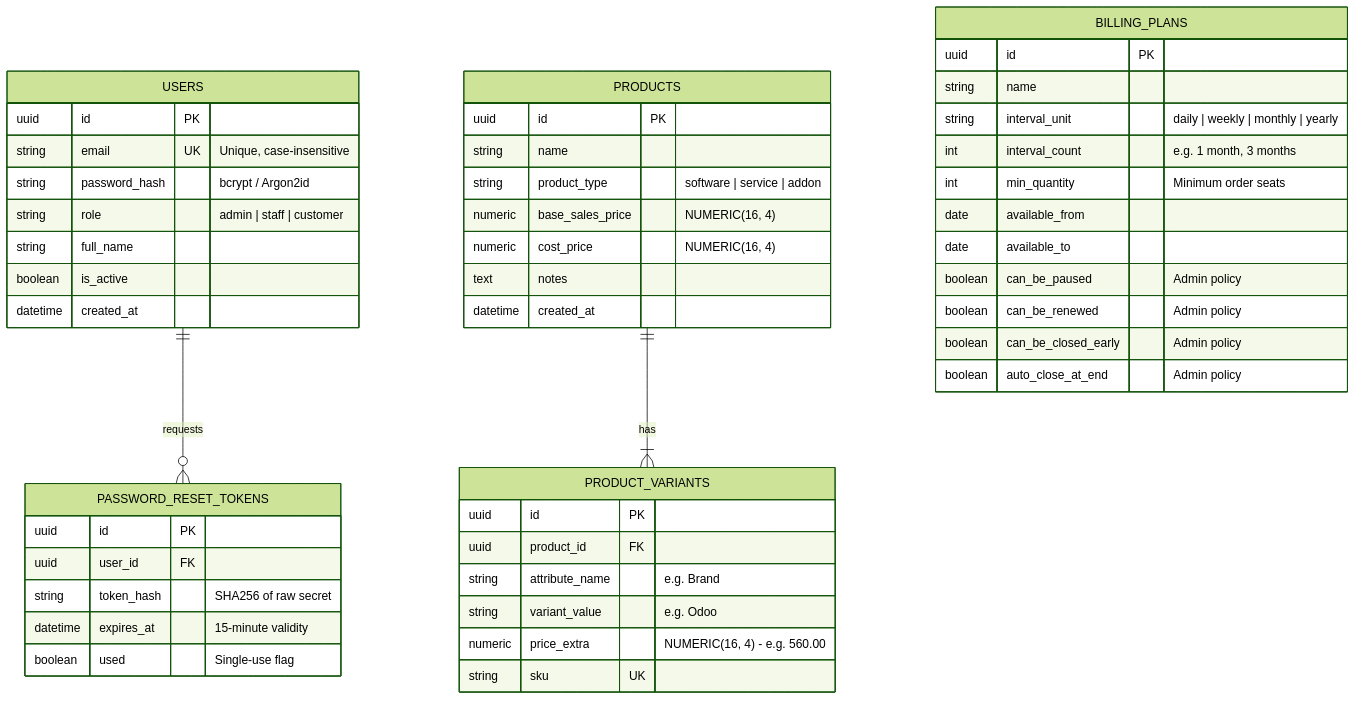
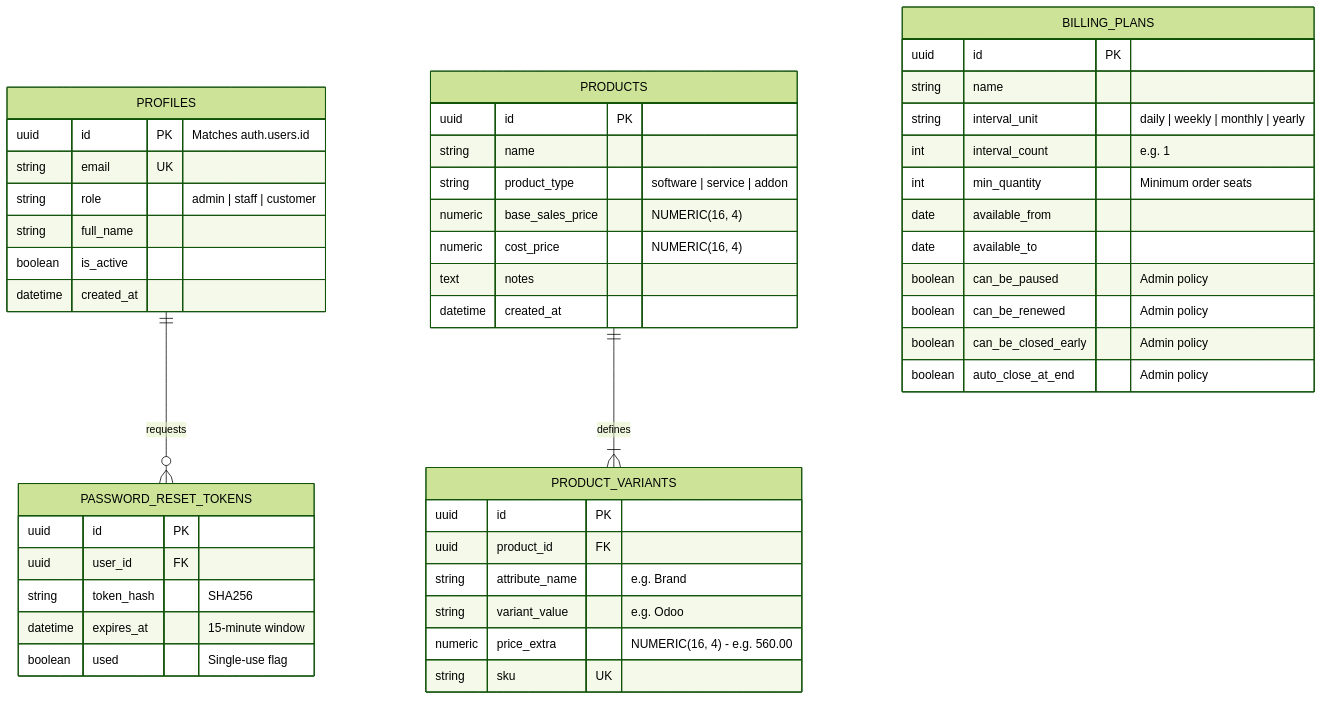
Before and after one commit to Niss54/Subscription_Management_System: the diagram in PRD_PHASE_1.md, drawn with Mermaid (forest theme). The commit also changed other lines of this file and 2 other files, not shown here.

Commit message:
feat(prd): upgrade to Next.js 15, Supabase PostgreSQL, and premium modern UI/UX design architecture

````diff
--- a/PRD_PHASE_1.md
+++ b/PRD_PHASE_1.md
@@ -39,55 +30,54 @@
 ```mermaid
 erDiagram
-    USERS ||--o{ PASSWORD_RESET_TOKENS : "requests"
-    USERS {
-        uuid id PK
-        string email UK "Unique, case-insensitive"
-        string password_hash "bcrypt / Argon2id"
+    PROFILES ||--o{ PASSWORD_RESET_TOKENS : "requests"
+    PROFILES {
+        uuid id PK "Matches auth.users.id"
+        string email UK
         string role "admin | staff | customer"
         string full_name
         boolean is_active
         datetime created_at
     }
 
     PASSWORD_RESET_TOKENS {
         uuid id PK
         uuid user_id FK
-        string token_hash "SHA256 of raw secret"
-        datetime expires_at "15-minute validity"
+        string token_hash "SHA256"
+        datetime expires_at "15-minute window"
         boolean used "Single-use flag"
     }
 
-    PRODUCTS ||--|{ PRODUCT_VARIANTS : "has"
+    PRODUCTS ||--|{ PRODUCT_VARIANTS : "defines"
     PRODUCTS {
         uuid id PK
         string name
         string product_type "software | service | addon"
         numeric base_sales_price "NUMERIC(16, 4)"
         numeric cost_price "NUMERIC(16, 4)"
         text notes
         datetime created_at
     }
 
     PRODUCT_VARIANTS {
         uuid id PK
         uuid product_id FK
         string attribute_name "e.g. Brand"
         string variant_value "e.g. Odoo"
         numeric price_extra "NUMERIC(16, 4) - e.g. 560.00"
         string sku UK
     }
 
     BILLING_PLANS {
         uuid id PK
         string name
         string interval_unit "daily | weekly | monthly | yearly"
-        int interval_count "e.g. 1 month, 3 months"
+        int interval_count "e.g. 1"
         int min_quantity "Minimum order seats"
         date available_from
         date available_to
         boolean can_be_paused "Admin policy"
         boolean can_be_renewed "Admin policy"
         boolean can_be_closed_early "Admin policy"
         boolean auto_close_at_end "Admin policy"
     }
 ```
````
